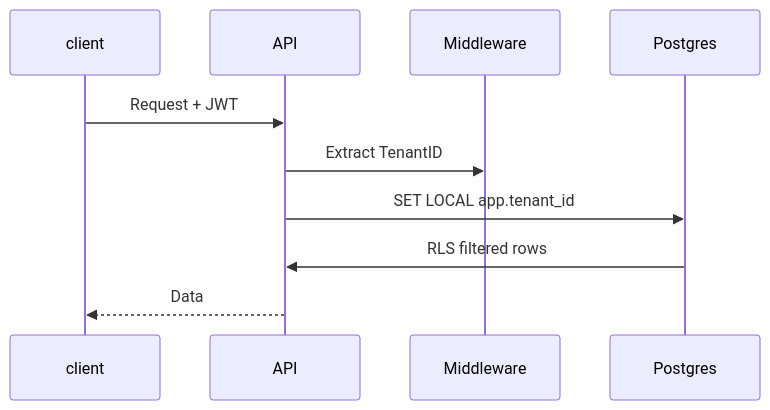
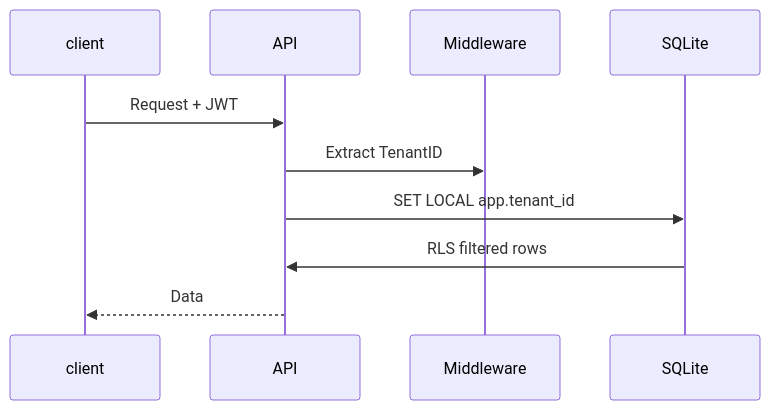
One commit to SumitDalavi/multi-tenant-auth-rbac changed the diagram in docs/architecture.md. Above: the diagram before and after it, drawn with Mermaid. The commit also changed other lines of this file and 7 other files, not shown here.

Commit message:
docs: update architecture and READMEs to reflect independent embedded microservices

````diff
--- a/docs/architecture.md
+++ b/docs/architecture.md
@@ -6,8 +6,8 @@
 ```mermaid
 sequenceDiagram
     client->>API: Request + JWT
 API->>Middleware: Extract TenantID
-API->>Postgres: SET LOCAL app.tenant_id
-Postgres->>API: RLS filtered rows
+API->>SQLite: SET LOCAL app.tenant_id
+SQLite->>API: RLS filtered rows
 API-->>client: Data
 ```
````
